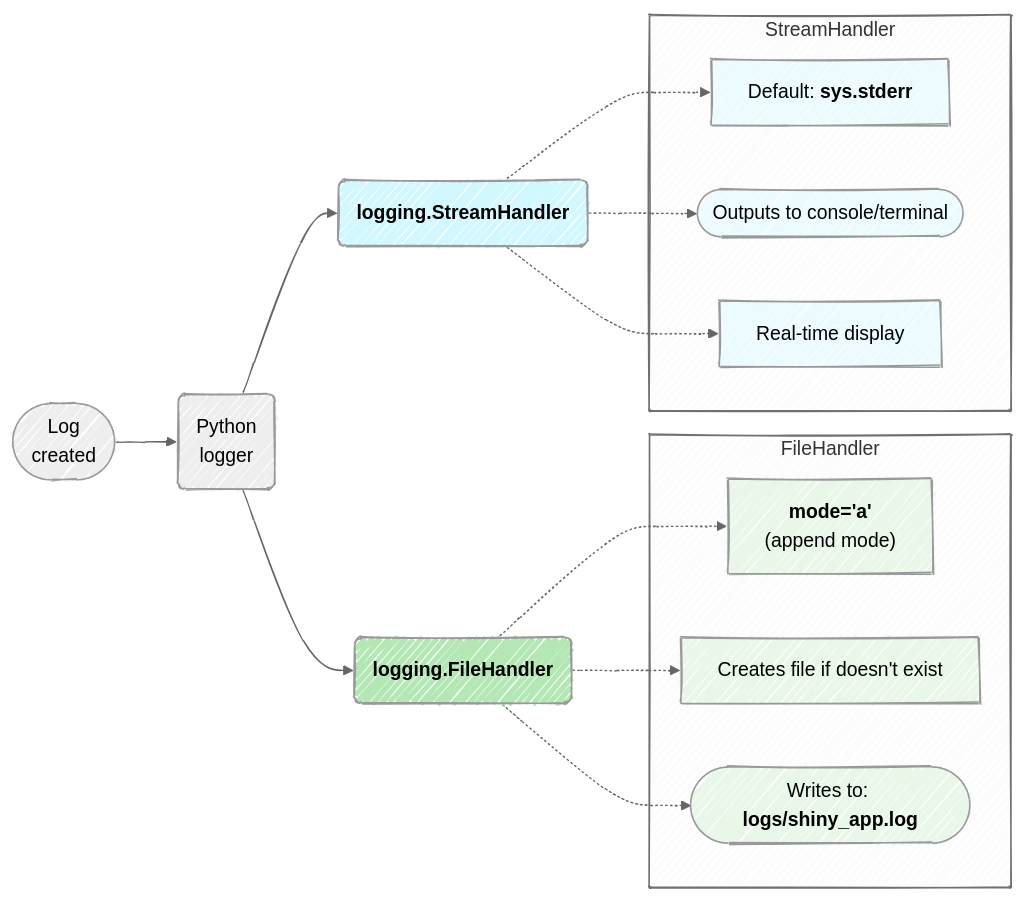
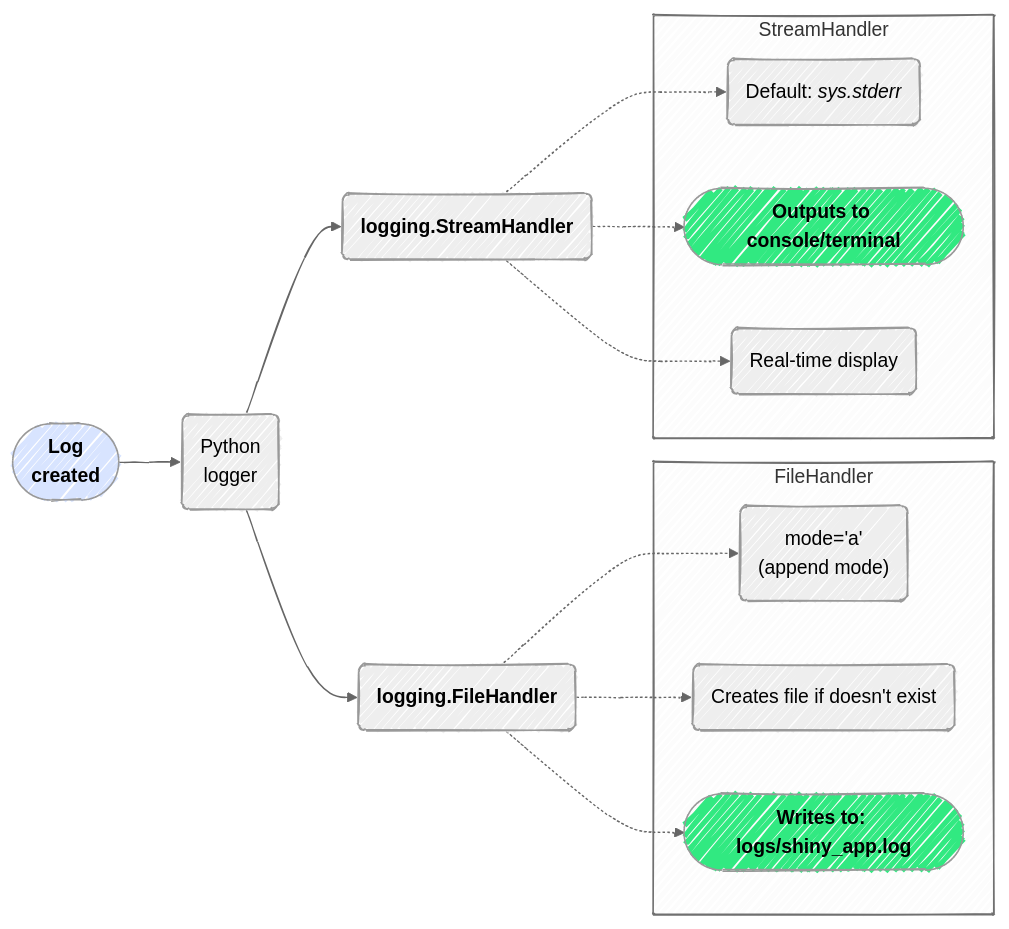
One commit to mjfrigaard/do4ds-labs changed the second of 8 diagrams in app-log-py.qmd. Above: the diagram before and after it, drawn with Mermaid. The commit also changed other lines of this file and 18 other files, not shown here.

````diff
--- a/app-log-py.qmd
+++ b/app-log-py.qmd
@@ -165,41 +155,32 @@
 ```{mermaid}
 %%| fig-cap: 'Python logging'
 %%| fig-width: 7.0
 %%| fig-align: center
 %%{init: {'theme': 'neutral', 'look': 'handDrawn', 'themeVariables': { 'fontFamily': 'monospace'}}}%%
 
 graph LR
-    LogMessage([Log<br>created]) --> Logger(Python<br>logger)
-    Logger --> FileHandler(<strong>logging.FileHandler</strong>)
-    Logger --> ConsoleHandler(<strong>logging.StreamHandler</strong>)
+    LogMessage(["<strong>Log<br>created</strong>"]) --> Logger("Python<br>logger")
+    Logger --> FileHandler("<strong>logging.FileHandler</strong>")
+    Logger --> ConsoleHandler("<strong>logging.StreamHandler</strong>")
     
     subgraph FH["FileHandler"]
-        FH1["<strong>mode='a'</strong><br>(append mode)"]
-        FH2["Creates file if doesn't exist"]
-        FH3(["Writes to: <strong>logs/shiny_app.log</strong>"])
+        FH1("mode='a'<br>(append mode)")
+        FH2("Creates file if doesn't exist")
+        FH3(["<strong>Writes to: logs/shiny_app.log</strong>"])
     end
 
     FileHandler -.-> FH1 & FH2 & FH3
     
     subgraph SH["StreamHandler"]
-        SH1["Default: <strong>sys.stderr</strong>"]
-        SH2(["Outputs to console/terminal"])
-        SH3["Real-time display"]
+        SH1("Default: <em>sys.stderr</em>")
+        SH2(["<strong>Outputs to console/terminal</strong>"])
+        SH3("Real-time display")
     end
 
     ConsoleHandler -.-> SH1 & SH2 & SH3
-    
-    style FileHandler fill:#b3e7b4,color:#000,rx:20,ry:20,font-size:16px
-    style FH1 fill:#e8f7e8,color:#000,rx:20,ry:20,font-size:16px
-    style FH2 fill:#e8f7e8,color:#000,rx:20,ry:20,font-size:16px
-    style FH3 fill:#e8f7e8,color:#000,rx:20,ry:20,font-size:16px
-    
-    style ConsoleHandler fill:#d1f7ff,color:#000,rx:20,ry:20,font-size:16px
-    style SH1 fill:#ecfbff,color:#000,rx:20,ry:20,font-size:16px
-    style SH2 fill:#ecfbff,color:#000,rx:20,ry:20,font-size:16px
-    style SH3 fill:#ecfbff,color:#000,rx:20,ry:20,font-size:16px
-    
-    style FH font-size:16px
-    style SH font-size:16px
+
+	style LogMessage fill:#d8e4ff
+	style FH3 fill:#31e981
+	style SH2 fill:#31e981
     
 ```
````
